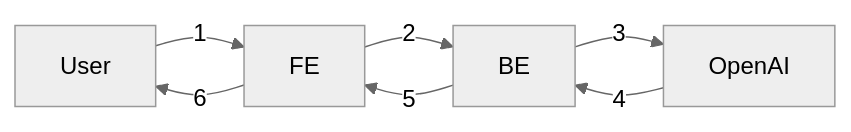
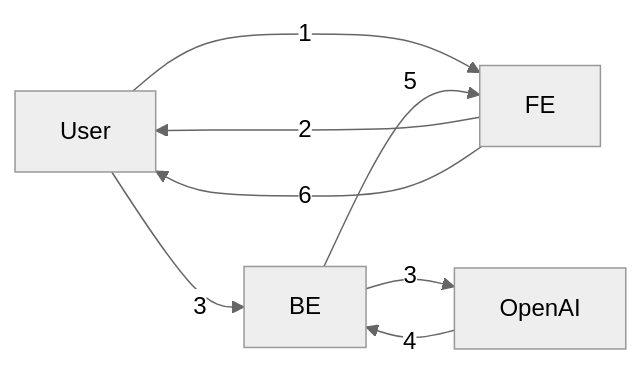
Before and after one commit to ChoiWheatley/ChoiWheatley.github.io: the diagram in docs/3차 프로젝트, ChatGPT를 이용한 챗봇 애플리케이션 - estsoft {Django, DRF}.md, drawn with Mermaid (neutral theme). The commit also changed other lines of this file, not shown here.

````diff
--- a/docs/3차 프로젝트, ChatGPT를 이용한 챗봇 애플리케이션 - estsoft {Django, DRF}.md
+++ b/docs/3차 프로젝트, ChatGPT를 이용한 챗봇 애플리케이션 - estsoft {Django, DRF}.md
@@ -34,14 +35,15 @@
 ```mermaid
 flowchart LR
 	id1[User]
 	id2[FE]
 	id3[BE]
 	id4[OpenAI]
 
 	id1 -- 1 --> id2
-	id2 -- 2 --> id3
+	id2 -- 2 --> id1
+	id1 -- 3 --> id3
 	id3 -- 3 --> id4
 	id4 -- 4 --> id3
 	id3 -- 5 --> id2
 	id2 -- 6 --> id1
 ```
````
